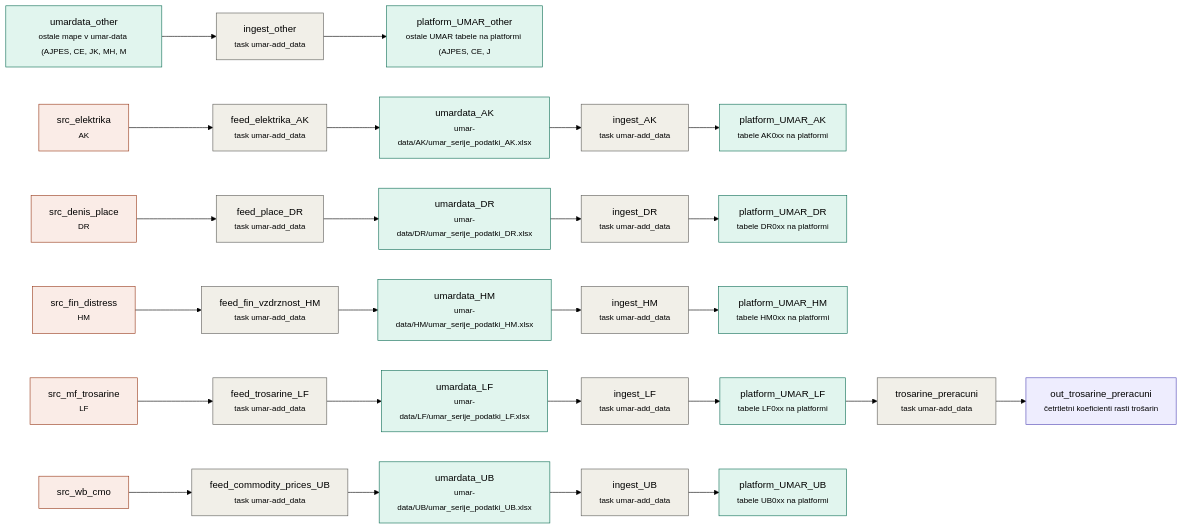
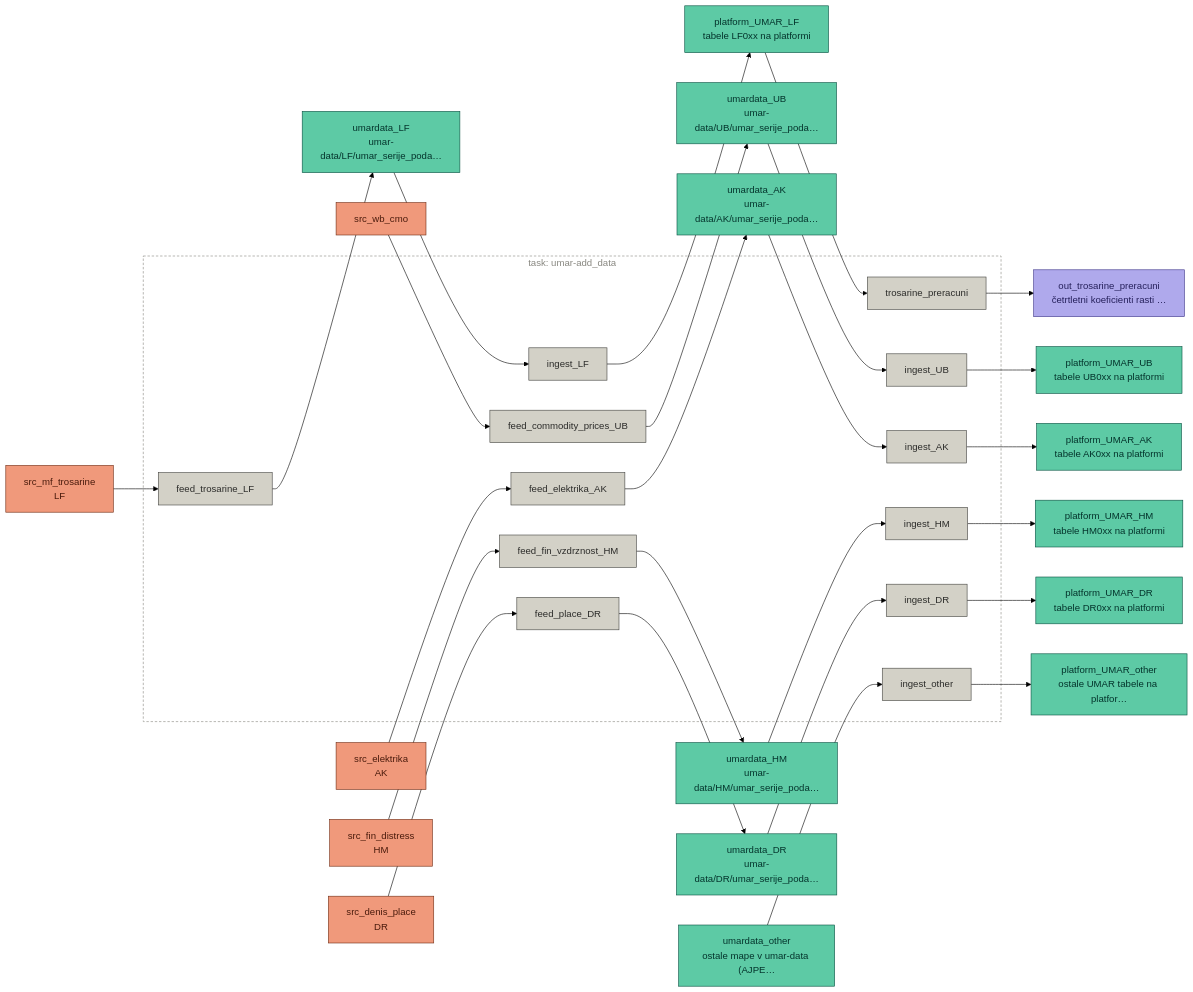
The diagram in docs/pipelines/task-umar-add_data.md (majazaloznik/umar-automation-scripts), drawn with Mermaid (forest theme) before and after one commit. The commit also changed 31 other files, not shown here.

Commit message:
Update mermaid plots in pipelines

````diff
--- a/docs/pipelines/task-umar-add_data.md
+++ b/docs/pipelines/task-umar-add_data.md
@@ -24,61 +24,64 @@
 ```mermaid
 flowchart LR
-  src_wb_cmo["src_wb_cmo<br/><small></small>"]:::source
-  src_elektrika["src_elektrika<br/><small>AK</small>"]:::source
-  src_fin_distress["src_fin_distress<br/><small>HM</small>"]:::source
-  src_denis_place["src_denis_place<br/><small>DR</small>"]:::source
-  src_mf_trosarine["src_mf_trosarine<br/><small>LF</small>"]:::source
-  platform_UMAR_AK["platform_UMAR_AK<br/><small>tabele AK0xx na platformi</small>"]:::store
-  platform_UMAR_DR["platform_UMAR_DR<br/><small>tabele DR0xx na platformi</small>"]:::store
-  platform_UMAR_HM["platform_UMAR_HM<br/><small>tabele HM0xx na platformi</small>"]:::store
-  platform_UMAR_LF["platform_UMAR_LF<br/><small>tabele LF0xx na platformi</small>"]:::store
-  platform_UMAR_UB["platform_UMAR_UB<br/><small>tabele UB0xx na platformi</small>"]:::store
-  platform_UMAR_other["platform_UMAR_other<br/><small>ostale UMAR tabele na platformi (AJPES, CE, J</small>"]:::store
-  umardata_AK["umardata_AK<br/><small>umar-data/AK/umar_serije_podatki_AK.xlsx</small>"]:::store
-  umardata_DR["umardata_DR<br/><small>umar-data/DR/umar_serije_podatki_DR.xlsx</small>"]:::store
-  umardata_HM["umardata_HM<br/><small>umar-data/HM/umar_serije_podatki_HM.xlsx</small>"]:::store
-  umardata_LF["umardata_LF<br/><small>umar-data/LF/umar_serije_podatki_LF.xlsx</small>"]:::store
-  umardata_UB["umardata_UB<br/><small>umar-data/UB/umar_serije_podatki_UB.xlsx</small>"]:::store
-  umardata_other["umardata_other<br/><small>ostale mape v umar-data (AJPES, CE, JK, MH, M</small>"]:::store
-  out_trosarine_preracuni["out_trosarine_preracuni<br/><small>četrtletni koeficienti rasti trošarin</small>"]:::output
-  feed_commodity_prices_UB["feed_commodity_prices_UB<br/><small>task umar-add_data</small>"]:::step
-  feed_elektrika_AK["feed_elektrika_AK<br/><small>task umar-add_data</small>"]:::step
-  feed_fin_vzdrznost_HM["feed_fin_vzdrznost_HM<br/><small>task umar-add_data</small>"]:::step
-  feed_place_DR["feed_place_DR<br/><small>task umar-add_data</small>"]:::step
-  feed_trosarine_LF["feed_trosarine_LF<br/><small>task umar-add_data</small>"]:::step
-  ingest_AK["ingest_AK<br/><small>task umar-add_data</small>"]:::step
-  ingest_DR["ingest_DR<br/><small>task umar-add_data</small>"]:::step
-  ingest_HM["ingest_HM<br/><small>task umar-add_data</small>"]:::step
-  ingest_LF["ingest_LF<br/><small>task umar-add_data</small>"]:::step
-  ingest_UB["ingest_UB<br/><small>task umar-add_data</small>"]:::step
-  ingest_other["ingest_other<br/><small>task umar-add_data</small>"]:::step
-  trosarine_preracuni["trosarine_preracuni<br/><small>task umar-add_data</small>"]:::step
+  src_wb_cmo["src_wb_cmo"]:::source
+  src_elektrika["src_elektrika<br/>AK"]:::source
+  src_fin_distress["src_fin_distress<br/>HM"]:::source
+  src_denis_place["src_denis_place<br/>DR"]:::source
+  src_mf_trosarine["src_mf_trosarine<br/>LF"]:::source
+  platform_UMAR_AK["platform_UMAR_AK<br/>tabele AK0xx na platformi"]:::store
+  platform_UMAR_DR["platform_UMAR_DR<br/>tabele DR0xx na platformi"]:::store
+  platform_UMAR_HM["platform_UMAR_HM<br/>tabele HM0xx na platformi"]:::store
+  platform_UMAR_LF["platform_UMAR_LF<br/>tabele LF0xx na platformi"]:::store
+  platform_UMAR_UB["platform_UMAR_UB<br/>tabele UB0xx na platformi"]:::store
+  platform_UMAR_other["platform_UMAR_other<br/>ostale UMAR tabele na platfor…"]:::store
+  umardata_AK["umardata_AK<br/>umar-data/AK/umar_serije_poda…"]:::store
+  umardata_DR["umardata_DR<br/>umar-data/DR/umar_serije_poda…"]:::store
+  umardata_HM["umardata_HM<br/>umar-data/HM/umar_serije_poda…"]:::store
+  umardata_LF["umardata_LF<br/>umar-data/LF/umar_serije_poda…"]:::store
+  umardata_UB["umardata_UB<br/>umar-data/UB/umar_serije_poda…"]:::store
+  umardata_other["umardata_other<br/>ostale mape v umar-data (AJPE…"]:::store
+  out_trosarine_preracuni["out_trosarine_preracuni<br/>četrtletni koeficienti rasti …"]:::output
+  subgraph task_umar_add_data["task: umar-add_data"]
+    feed_commodity_prices_UB["feed_commodity_prices_UB"]:::step
+    feed_elektrika_AK["feed_elektrika_AK"]:::step
+    feed_fin_vzdrznost_HM["feed_fin_vzdrznost_HM"]:::step
+    feed_place_DR["feed_place_DR"]:::step
+    feed_trosarine_LF["feed_trosarine_LF"]:::step
+    ingest_AK["ingest_AK"]:::step
+    ingest_DR["ingest_DR"]:::step
+    ingest_HM["ingest_HM"]:::step
+    ingest_LF["ingest_LF"]:::step
+    ingest_UB["ingest_UB"]:::step
+    ingest_other["ingest_other"]:::step
+    trosarine_preracuni["trosarine_preracuni"]:::step
+  end
+  style task_umar_add_data fill:none,stroke:#888780,stroke-dasharray:4 3,color:#888780
   src_wb_cmo --> feed_commodity_prices_UB
   feed_commodity_prices_UB --> umardata_UB
   src_elektrika --> feed_elektrika_AK
   feed_elektrika_AK --> umardata_AK
   src_fin_distress --> feed_fin_vzdrznost_HM
   feed_fin_vzdrznost_HM --> umardata_HM
   src_denis_place --> feed_place_DR
   feed_place_DR --> umardata_DR
   src_mf_trosarine --> feed_trosarine_LF
   feed_trosarine_LF --> umardata_LF
   umardata_AK --> ingest_AK
   ingest_AK --> platform_UMAR_AK
   umardata_DR --> ingest_DR
   ingest_DR --> platform_UMAR_DR
   umardata_HM --> ingest_HM
   ingest_HM --> platform_UMAR_HM
   umardata_LF --> ingest_LF
   ingest_LF --> platform_UMAR_LF
   umardata_UB --> ingest_UB
   ingest_UB --> platform_UMAR_UB
   umardata_other --> ingest_other
   ingest_other --> platform_UMAR_other
   platform_UMAR_LF --> trosarine_preracuni
   trosarine_preracuni --> out_trosarine_preracuni
-  classDef source fill:#FAECE7,stroke:#993C1D
-  classDef step fill:#F1EFE8,stroke:#5F5E5A
-  classDef store fill:#E1F5EE,stroke:#0F6E56
-  classDef output fill:#EEEDFE,stroke:#534AB7
+  classDef source fill:#F0997B,stroke:#712B13,color:#4A1B0C,stroke-width:1px
+  classDef step fill:#D3D1C7,stroke:#444441,color:#2C2C2A,stroke-width:1px
+  classDef store fill:#5DCAA5,stroke:#085041,color:#04342C,stroke-width:1px
+  classDef output fill:#AFA9EC,stroke:#3C3489,color:#26215C,stroke-width:1px
 ```
````
